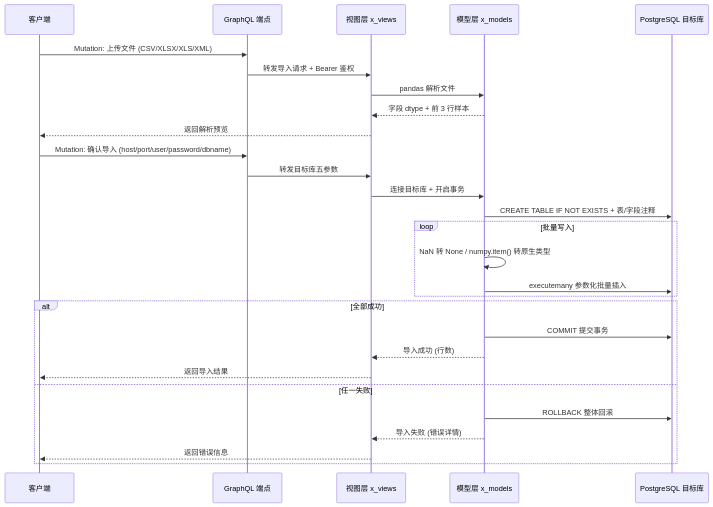
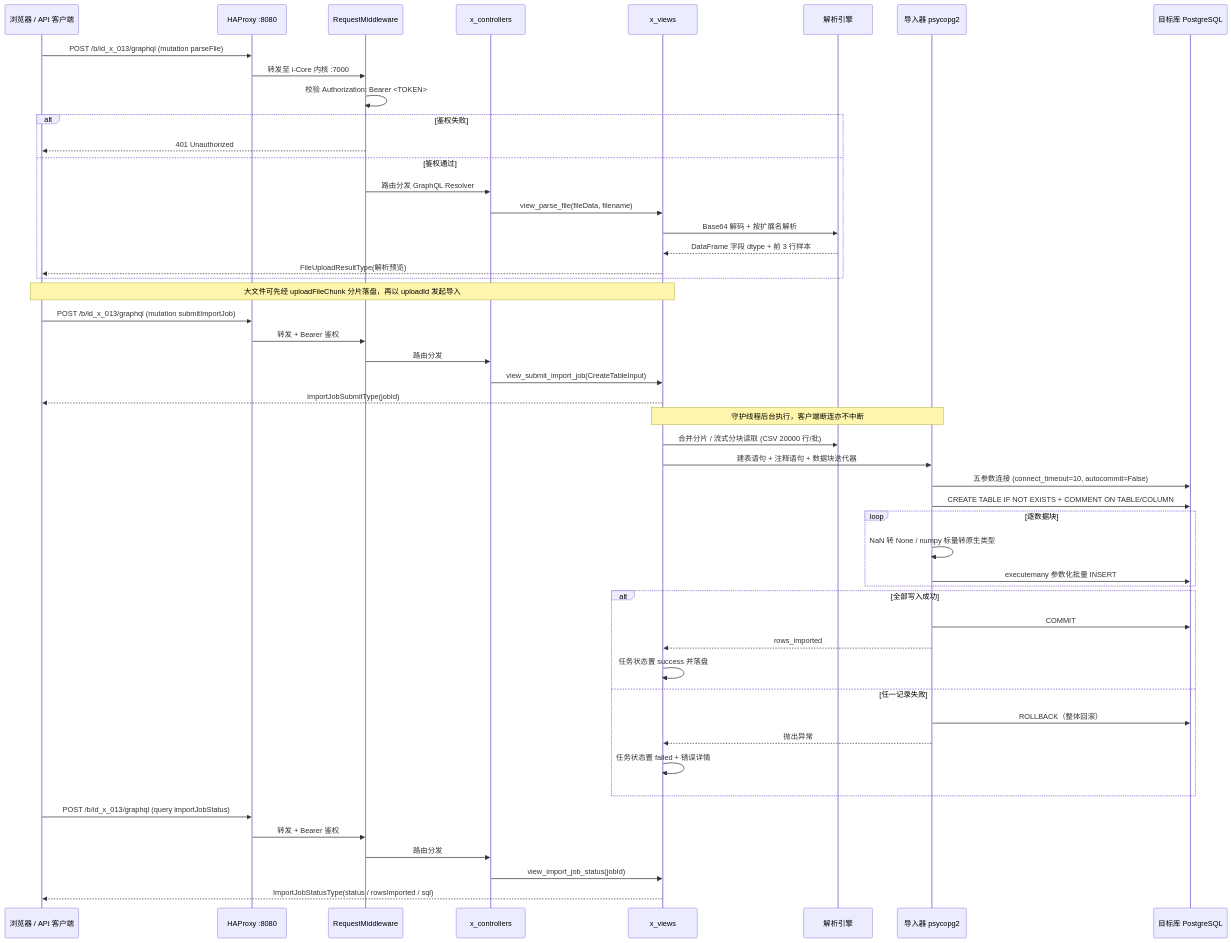
One commit to i-TorchLabs/id_x_013 changed the second of 2 diagrams in README.md. Above: the diagram before and after it, drawn with Mermaid. The commit also changed other lines of this file, not shown here.

````diff
--- a/README.md
+++ b/README.md
@@ -114,32 +111,57 @@
 ```mermaid
 sequenceDiagram
-    participant C as 客户端
-    participant G as GraphQL 端点
-    participant V as 视图层 x_views
-    participant M as 模型层 x_models
-    participant D as PostgreSQL 目标库
+    participant C as 浏览器 / API 客户端
+    participant H as HAProxy :8080
+    participant MW as RequestMiddleware
+    participant CTRL as x_controllers
+    participant VIEW as x_views
+    participant PARSE as 解析引擎
+    participant IMP as 导入器 psycopg2
+    participant TDB as 目标库 PostgreSQL
 
-    C->>G: Mutation: 上传文件 (CSV/XLSX/XLS/XML)
-    G->>V: 转发导入请求 + Bearer 鉴权
-    V->>M: pandas 解析文件
-    M-->>V: 字段 dtype + 前 3 行样本
-    V-->>C: 返回解析预览
+    C->>H: POST /b/id_x_013/graphql (mutation parseFile)
+    H->>MW: 转发至 i-Core 内核 :7000
+    MW->>MW: 校验 Authorization: Bearer <TOKEN>
+    alt 鉴权失败
+        MW-->>C: 401 Unauthorized
+    else 鉴权通过
+        MW->>CTRL: 路由分发 GraphQL Resolver
+        CTRL->>VIEW: view_parse_file(fileData, filename)
+        VIEW->>PARSE: Base64 解码 + 按扩展名解析
+        PARSE-->>VIEW: DataFrame 字段 dtype + 前 3 行样本
+        VIEW-->>C: FileUploadResultType(解析预览)
+    end
 
-    C->>G: Mutation: 确认导入 (host/port/user/password/dbname)
-    G->>V: 转发目标库五参数
-    V->>M: 连接目标库 + 开启事务
-    M->>D: CREATE TABLE IF NOT EXISTS + 表/字段注释
-    loop 批量写入
-        M->>M: NaN 转 None / numpy.item() 转原生类型
-        M->>D: executemany 参数化批量插入
+    Note over C,VIEW: 大文件可先经 uploadFileChunk 分片落盘，再以 uploadId 发起导入
+
+    C->>H: POST /b/id_x_013/graphql (mutation submitImportJob)
+    H->>MW: 转发 + Bearer 鉴权
+    MW->>CTRL: 路由分发
+    CTRL->>VIEW: view_submit_import_job(CreateTableInput)
+    VIEW-->>C: ImportJobSubmitType(jobId)
+    Note over VIEW,IMP: 守护线程后台执行，客户端断连亦不中断
+
+    VIEW->>PARSE: 合并分片 / 流式分块读取 (CSV 20000 行/批)
+    VIEW->>IMP: 建表语句 + 注释语句 + 数据块迭代器
+    IMP->>TDB: 五参数连接 (connect_timeout=10, autocommit=False)
+    IMP->>TDB: CREATE TABLE IF NOT EXISTS + COMMENT ON TABLE/COLUMN
+    loop 逐数据块
+        IMP->>IMP: NaN 转 None / numpy 标量转原生类型
+        IMP->>TDB: executemany 参数化批量 INSERT
     end
-    alt 全部成功
-        M->>D: COMMIT 提交事务
-        M-->>V: 导入成功 (行数)
-        V-->>C: 返回导入结果
-    else 任一失败
-        M->>D: ROLLBACK 整体回滚
-        M-->>V: 导入失败 (错误详情)
-        V-->>C: 返回错误信息
+    alt 全部写入成功
+        IMP->>TDB: COMMIT
+        IMP-->>VIEW: rows_imported
+        VIEW->>VIEW: 任务状态置 success 并落盘
+    else 任一记录失败
+        IMP->>TDB: ROLLBACK（整体回滚）
+        IMP-->>VIEW: 抛出异常
+        VIEW->>VIEW: 任务状态置 failed + 错误详情
     end
+
+    C->>H: POST /b/id_x_013/graphql (query importJobStatus)
+    H->>MW: 转发 + Bearer 鉴权
+    MW->>CTRL: 路由分发
+    CTRL->>VIEW: view_import_job_status(jobId)
+    VIEW-->>C: ImportJobStatusType(status / rowsImported / sql)
 ```
````
